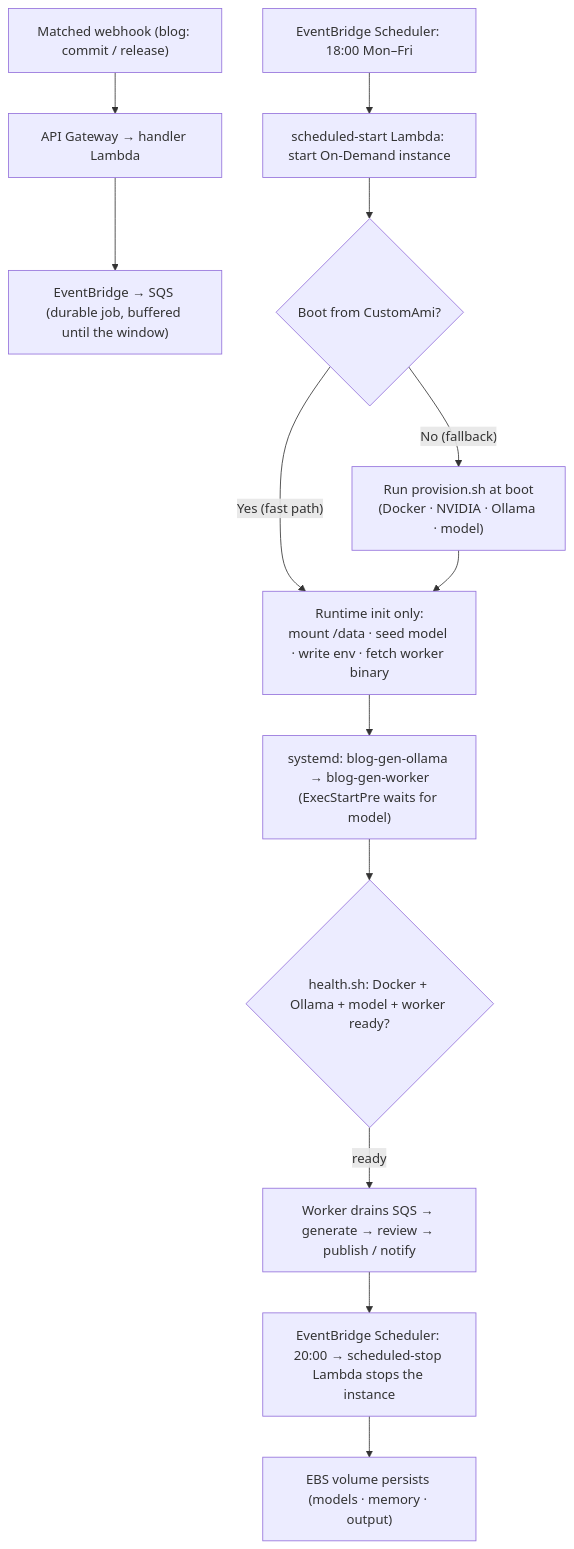
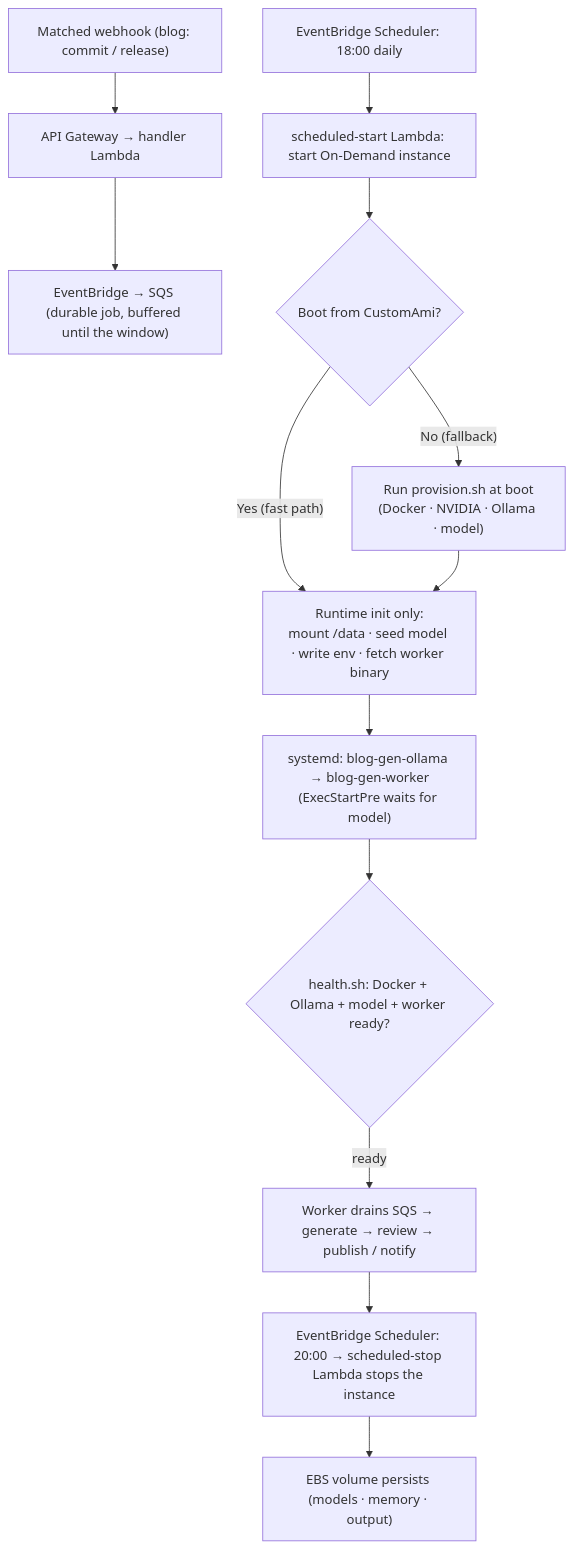
The fourth of 6 diagrams in README.md (teddynted/ai-github-repository-blog-generator), drawn with Mermaid before and after one commit. The commit also changed other lines of this file and 21 other files, not shown here.

````diff
--- a/README.md
+++ b/README.md
@@ -472,15 +472,15 @@
 ```mermaid
 flowchart TD
   A["Matched webhook (blog: commit / release)"] --> B["API Gateway → handler Lambda"]
   B --> C["EventBridge → SQS (durable job, buffered until the window)"]
-  S["EventBridge Scheduler: 18:00 Mon–Fri"] --> D["scheduled-start Lambda: start On-Demand instance"]
+  S["EventBridge Scheduler: 18:00 daily"] --> D["scheduled-start Lambda: start On-Demand instance"]
   D --> E{"Boot from CustomAmi?"}
   E -->|"Yes (fast path)"| F["Runtime init only:<br/>mount /data · seed model · write env · fetch worker binary"]
   E -->|"No (fallback)"| G["Run provision.sh at boot<br/>(Docker · NVIDIA · Ollama · model)"]
   G --> F
   F --> H["systemd: blog-gen-ollama → blog-gen-worker<br/>(ExecStartPre waits for model)"]
   H --> I{"health.sh: Docker + Ollama + model + worker ready?"}
   I -->|"ready"| J["Worker drains SQS → generate → review → publish / notify"]
   J --> K["EventBridge Scheduler: 20:00 → scheduled-stop Lambda stops the instance"]
   K --> L["EBS volume persists (models · memory · output)"]
 ```
````
